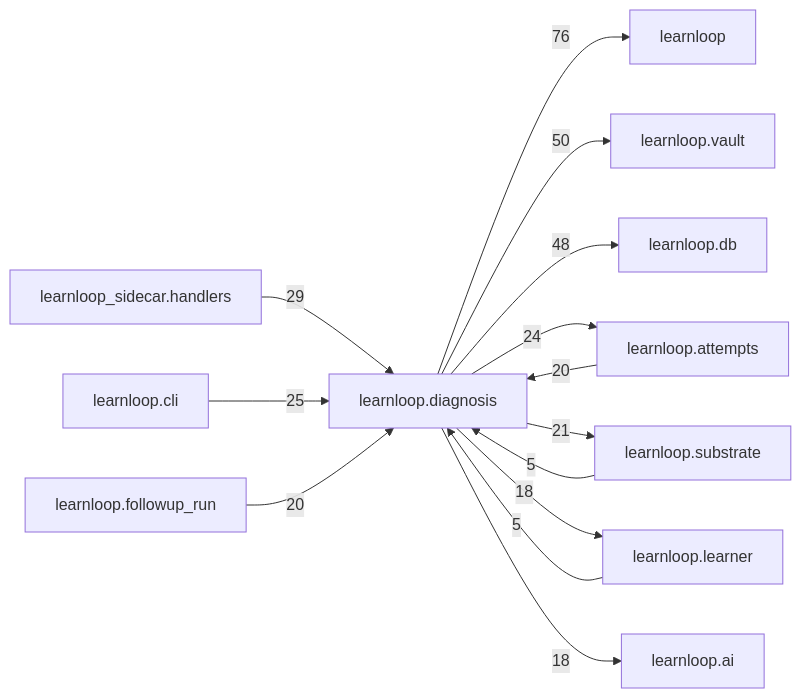
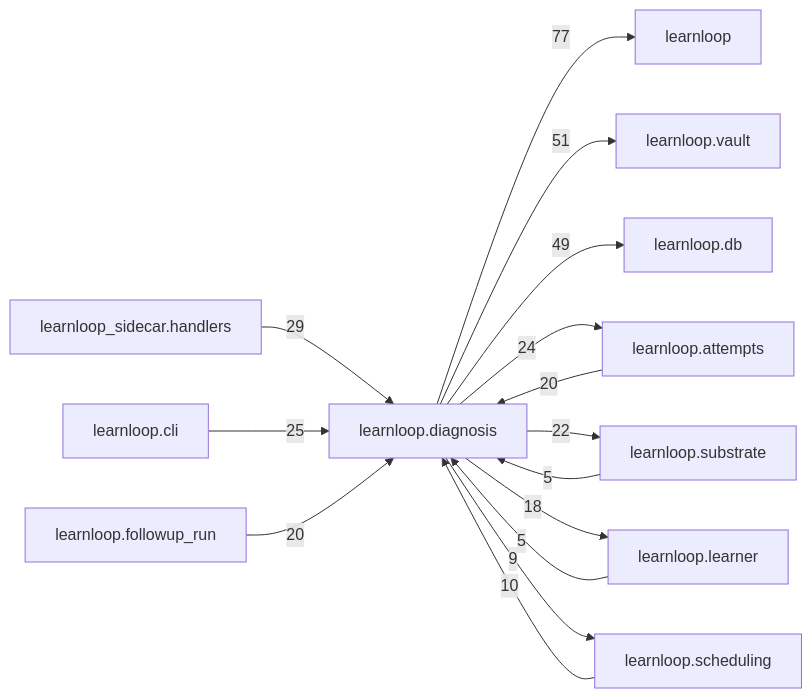
Before and after one commit to 6up-b/learnanything: the diagram in docs/learnloop-architecture-vault/Reference/Modules/learnloop/diagnosis/_package.md, drawn with Mermaid. The commit also changed other lines of this file and 29 other files, not shown here.

````diff
--- a/docs/learnloop-architecture-vault/Reference/Modules/learnloop/diagnosis/_package.md
+++ b/docs/learnloop-architecture-vault/Reference/Modules/learnloop/diagnosis/_package.md
@@ -238,27 +240,28 @@
 ```mermaid
 flowchart LR
     center["learnloop.diagnosis"]
     n_learnloop["learnloop"]
     n_learnloop_vault["learnloop.vault"]
     n_learnloop_db["learnloop.db"]
     n_learnloop_attempts["learnloop.attempts"]
     n_learnloop_sidecar_handlers["learnloop_sidecar.handlers"]
     n_learnloop_substrate["learnloop.substrate"]
     n_learnloop_cli["learnloop.cli"]
     n_learnloop_learner["learnloop.learner"]
     n_learnloop_followup_run["learnloop.followup_run"]
-    n_learnloop_ai["learnloop.ai"]
-    center -->|76| n_learnloop
-    center -->|50| n_learnloop_vault
-    center -->|48| n_learnloop_db
+    n_learnloop_scheduling["learnloop.scheduling"]
+    center -->|77| n_learnloop
+    center -->|51| n_learnloop_vault
+    center -->|49| n_learnloop_db
     n_learnloop_attempts -->|20| center
     center -->|24| n_learnloop_attempts
     n_learnloop_sidecar_handlers -->|29| center
     n_learnloop_substrate -->|5| center
-    center -->|21| n_learnloop_substrate
+    center -->|22| n_learnloop_substrate
     n_learnloop_cli -->|25| center
     n_learnloop_learner -->|5| center
     center -->|18| n_learnloop_learner
     n_learnloop_followup_run -->|20| center
-    center -->|18| n_learnloop_ai
+    n_learnloop_scheduling -->|10| center
+    center -->|9| n_learnloop_scheduling
 ```
````
